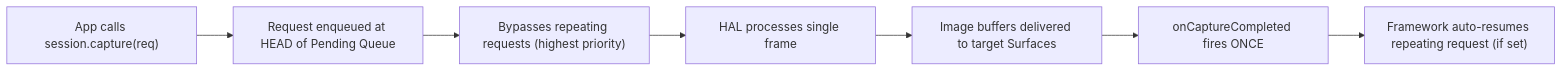
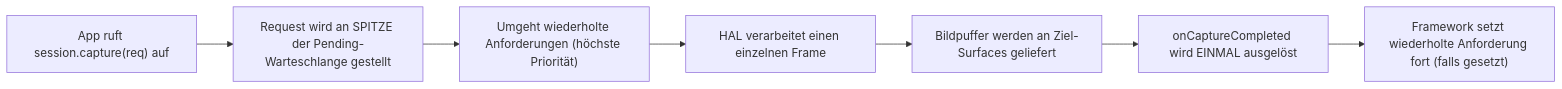
One commit to zoozooll/AndroidCameraParameters changed the second of 6 diagrams in website/i18n/de/docusaurus-plugin-content-docs/current/camera2/capture-types.md. Above: the diagram before and after it, drawn with Mermaid. The commit also changed other lines of this file and 378 other files, not shown here.

````diff
--- a/website/i18n/de/docusaurus-plugin-content-docs/current/camera2/capture-types.md
+++ b/website/i18n/de/docusaurus-plugin-content-docs/current/camera2/capture-types.md
@@ -99,9 +99,9 @@
 ```mermaid
 flowchart LR
-    A["App calls session.capture(req)"] --> B["Request enqueued at HEAD of Pending Queue"]
-    B --> C["Bypasses repeating requests (highest priority)"]
-    C --> D["HAL processes single frame"]
-    D --> E["Image buffers delivered to target Surfaces"]
-    E --> F["onCaptureCompleted fires ONCE"]
-    F --> G["Framework auto-resumes repeating request (if set)"]
+    A["App ruft session.capture(req) auf"] --> B["Request wird an SPITZE der Pending-Warteschlange gestellt"]
+    B --> C["Umgeht wiederholte Anforderungen (höchste Priorität)"]
+    C --> D["HAL verarbeitet einen einzelnen Frame"]
+    D --> E["Bildpuffer werden an Ziel-Surfaces geliefert"]
+    E --> F["onCaptureCompleted wird EINMAL ausgelöst"]
+    F --> G["Framework setzt wiederholte Anforderung fort (falls gesetzt)"]
 ```
````
